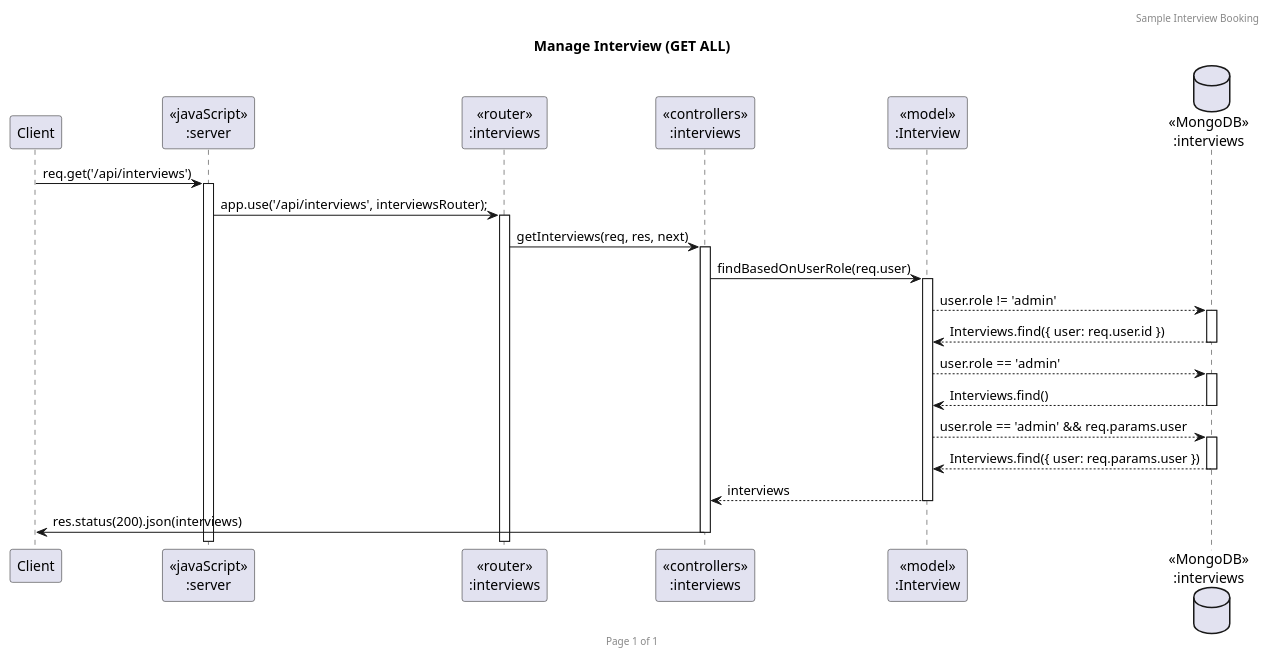
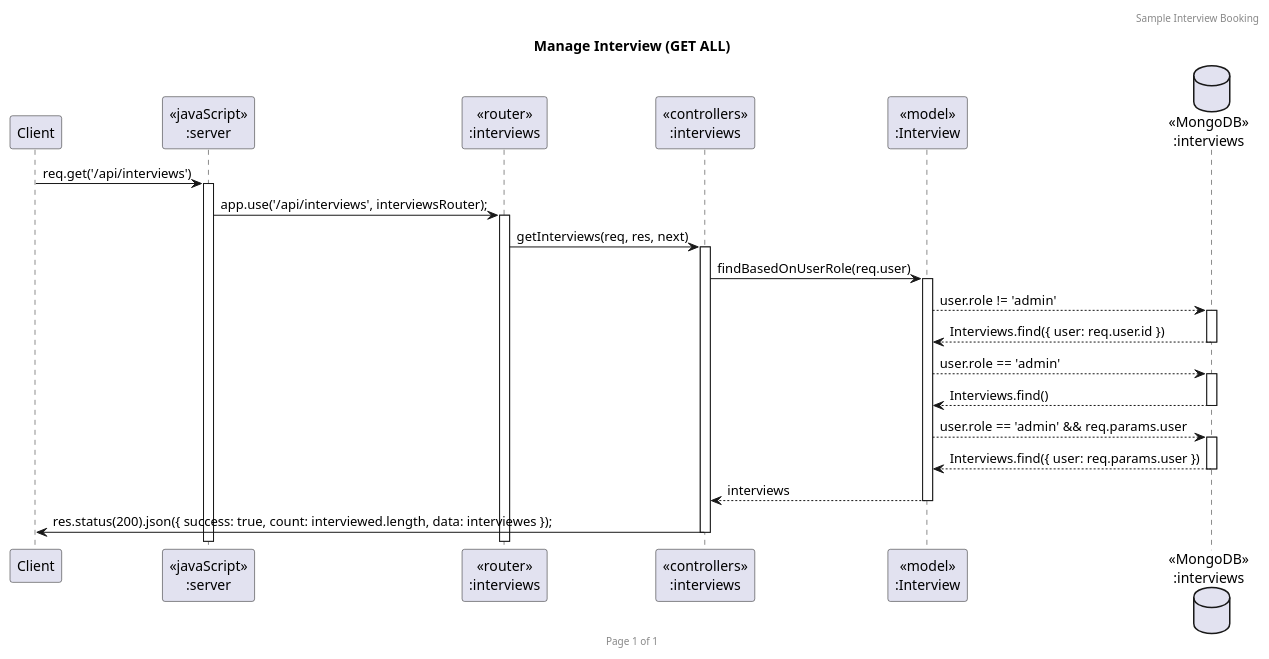
Before and after one commit to K1EW/backend-swdevprac: the diagram in docs/sequence_diagram/interviews/getAll.puml, drawn with PlantUML.

Commit message:
fix interview puml return

```diff
--- a/docs/sequence_diagram/interviews/getAll.puml
+++ b/docs/sequence_diagram/interviews/getAll.puml
@@ -1,28 +1,28 @@
 @startuml Booking Interview (GET ALL)
 
 header Sample Interview Booking
 footer Page %page% of %lastpage%
 title "Manage Interview (GET ALL)"
 
 participant "Client" as client
 participant "<<javaScript>>\n:server" as server
 participant "<<router>>\n:interviews" as routerInterview
 participant "<<controllers>>\n:interviews" as controllersInterviews
 participant "<<model>>\n:Interview" as modelInterview
 database "<<MongoDB>>\n:interviews" as InterviewDatabase
 
 client->server ++: req.get('/api/interviews')
 server->routerInterview ++: app.use('/api/interviews', interviewsRouter);
 routerInterview -> controllersInterviews ++: getInterviews(req, res, next)
 controllersInterviews->modelInterview ++: findBasedOnUserRole(req.user)
 ' findBasedOnUserRole call
 modelInterview --> InterviewDatabase ++: user.role != 'admin'
 InterviewDatabase --> modelInterview --: Interviews.find({ user: req.user.id })
 modelInterview --> InterviewDatabase ++: user.role == 'admin'
 InterviewDatabase --> modelInterview --: Interviews.find()
 modelInterview --> InterviewDatabase ++: user.role == 'admin' && req.params.user
 InterviewDatabase --> modelInterview --: Interviews.find({ user: req.params.user })
 ' redirect back
 modelInterview --> controllersInterviews --: interviews
-controllersInterviews->client --: res.status(200).json(interviews)
+controllersInterviews->client --: res.status(200).json({ success: true, count: interviewed.length, data: interviewes });
 @enduml
```
